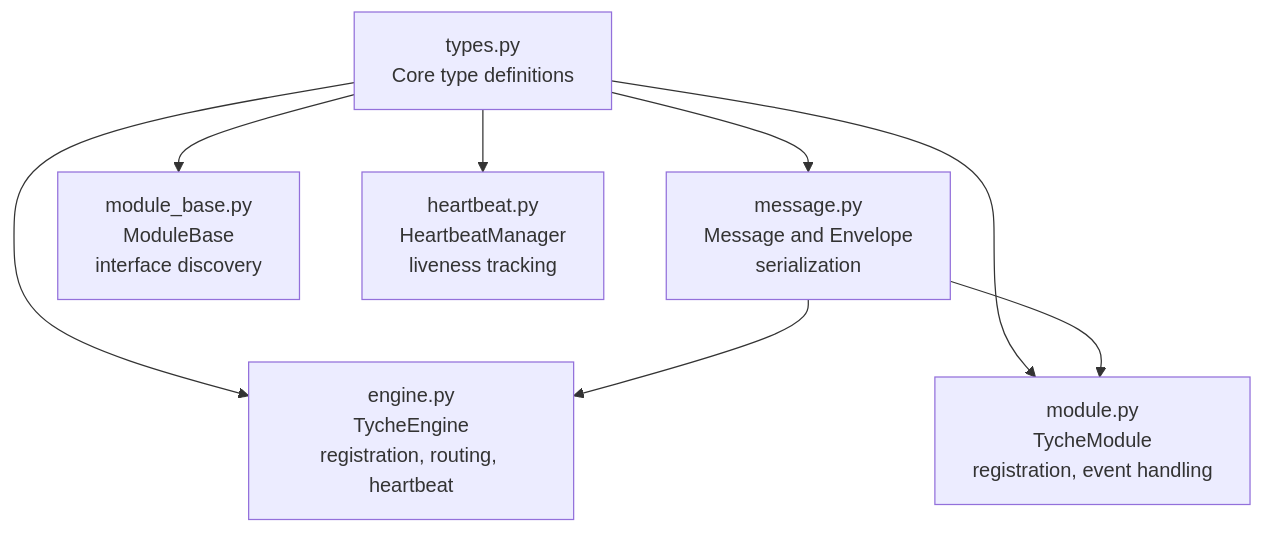
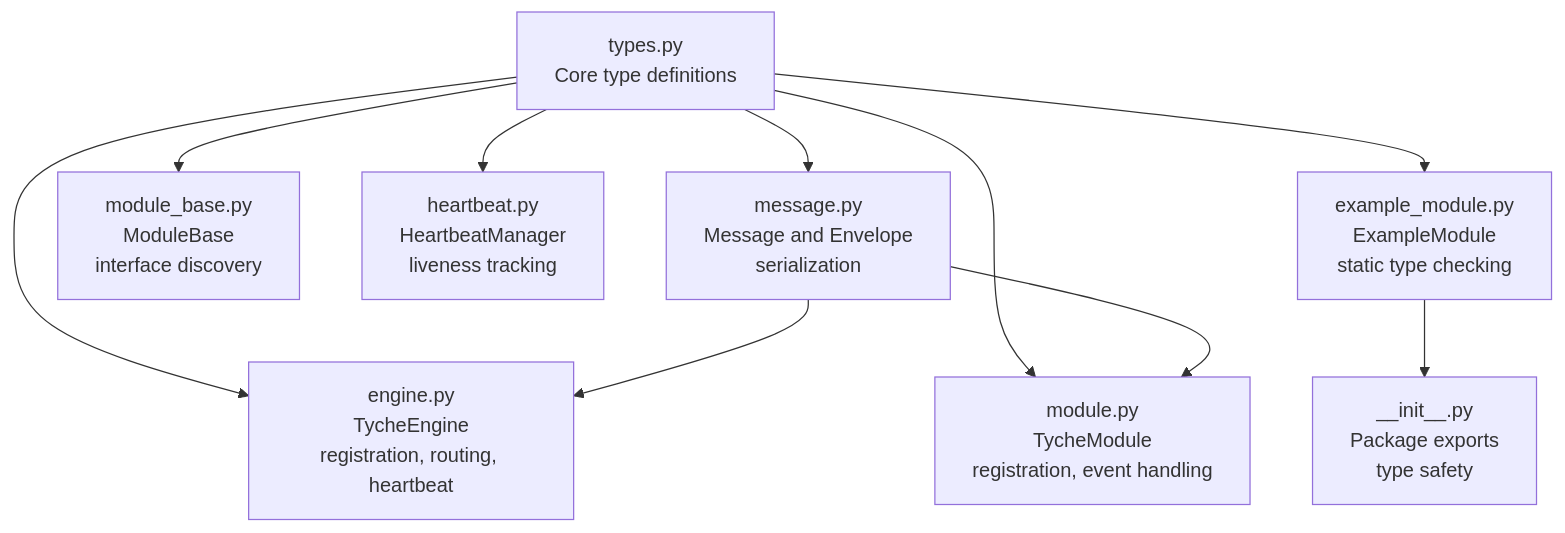
One commit to zt281/TycheEngine changed the first of 5 diagrams in .qoder/repowiki/en/content/Core Components/Type Definitions.md. Above: the diagram before and after it, drawn with Mermaid. The commit also changed other lines of this file and 5 other files, not shown here.

````diff
--- a/.qoder/repowiki/en/content/Core Components/Type Definitions.md
+++ b/.qoder/repowiki/en/content/Core Components/Type Definitions.md
@@ -36,16 +49,20 @@
 ```mermaid
 graph TB
 Types["types.py<br/>Core type definitions"]
 Message["message.py<br/>Message and Envelope<br/>serialization"]
 Engine["engine.py<br/>TycheEngine<br/>registration, routing, heartbeat"]
 Module["module.py<br/>TycheModule<br/>registration, event handling"]
 ModuleBase["module_base.py<br/>ModuleBase<br/>interface discovery"]
 Heartbeat["heartbeat.py<br/>HeartbeatManager<br/>liveness tracking"]
+ExampleModule["example_module.py<br/>ExampleModule<br/>static type checking"]
+Init["__init__.py<br/>Package exports<br/>type safety"]
 Types --> Message
 Types --> Engine
 Types --> Module
 Types --> ModuleBase
 Types --> Heartbeat
+Types --> ExampleModule
+ExampleModule --> Init
 Message --> Engine
 Message --> Module
 ```
````
